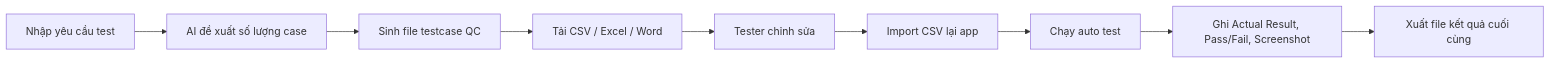
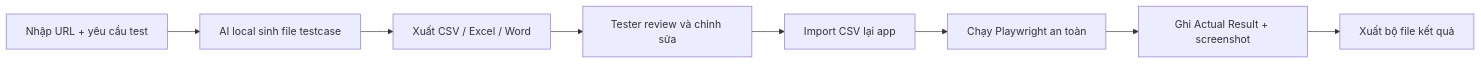
The first of 2 diagrams in README.vi.md (Mavis-TETRA/passmark-testops), drawn with Mermaid before and after one commit. The commit also changed other lines of this file and 4 other files, not shown here.

````diff
--- a/README.vi.md
+++ b/README.vi.md
@@ -31,11 +81,10 @@
 ```mermaid
 flowchart LR
-  A["Nhập yêu cầu test"] --> B["AI đề xuất số lượng case"]
-  B --> C["Sinh file testcase QC"]
-  C --> D["Tải CSV / Excel / Word"]
-  D --> E["Tester chỉnh sửa"]
-  E --> F["Import CSV lại app"]
-  F --> G["Chạy auto test"]
-  G --> H["Ghi Actual Result, Pass/Fail, Screenshot"]
-  H --> I["Xuất file kết quả cuối cùng"]
+  A["Nhập URL + yêu cầu test"] --> B["AI local sinh file testcase"]
+  B --> C["Xuất CSV / Excel / Word"]
+  C --> D["Tester review và chỉnh sửa"]
+  D --> E["Import CSV lại app"]
+  E --> F["Chạy Playwright an toàn"]
+  F --> G["Ghi Actual Result + screenshot"]
+  G --> H["Xuất bộ file kết quả"]
 ```
````
